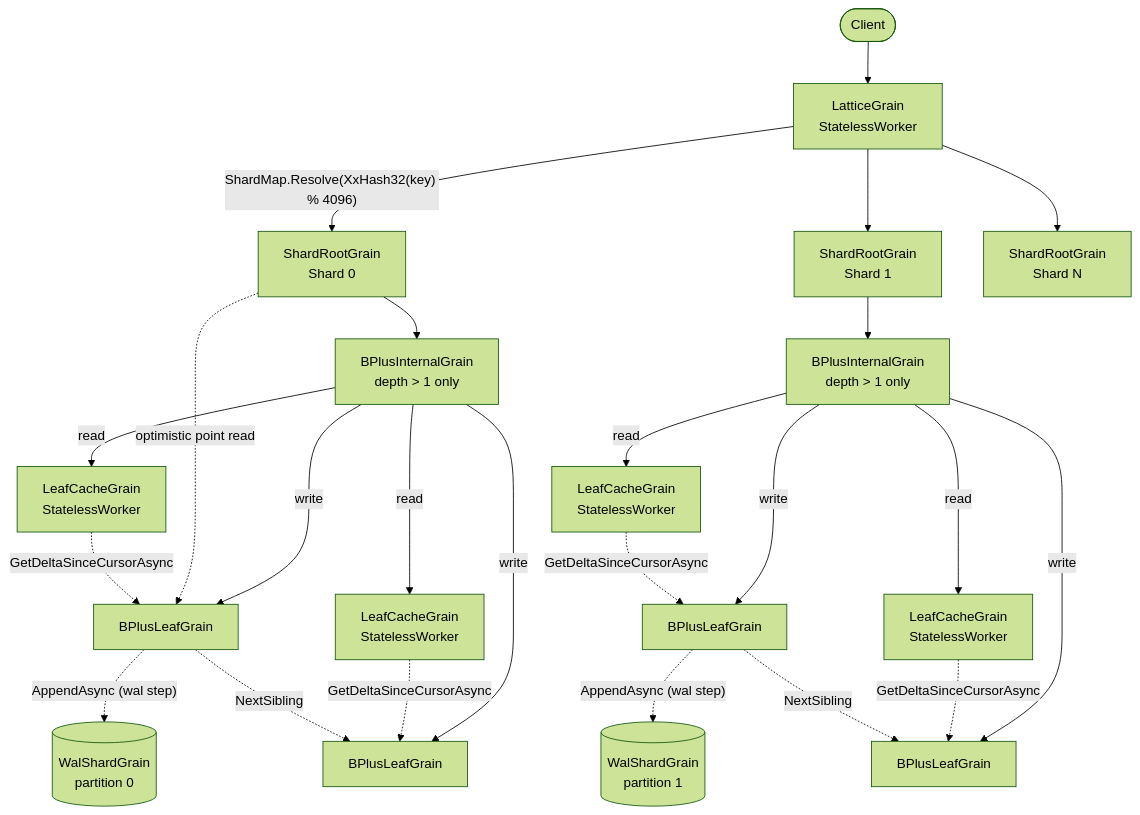
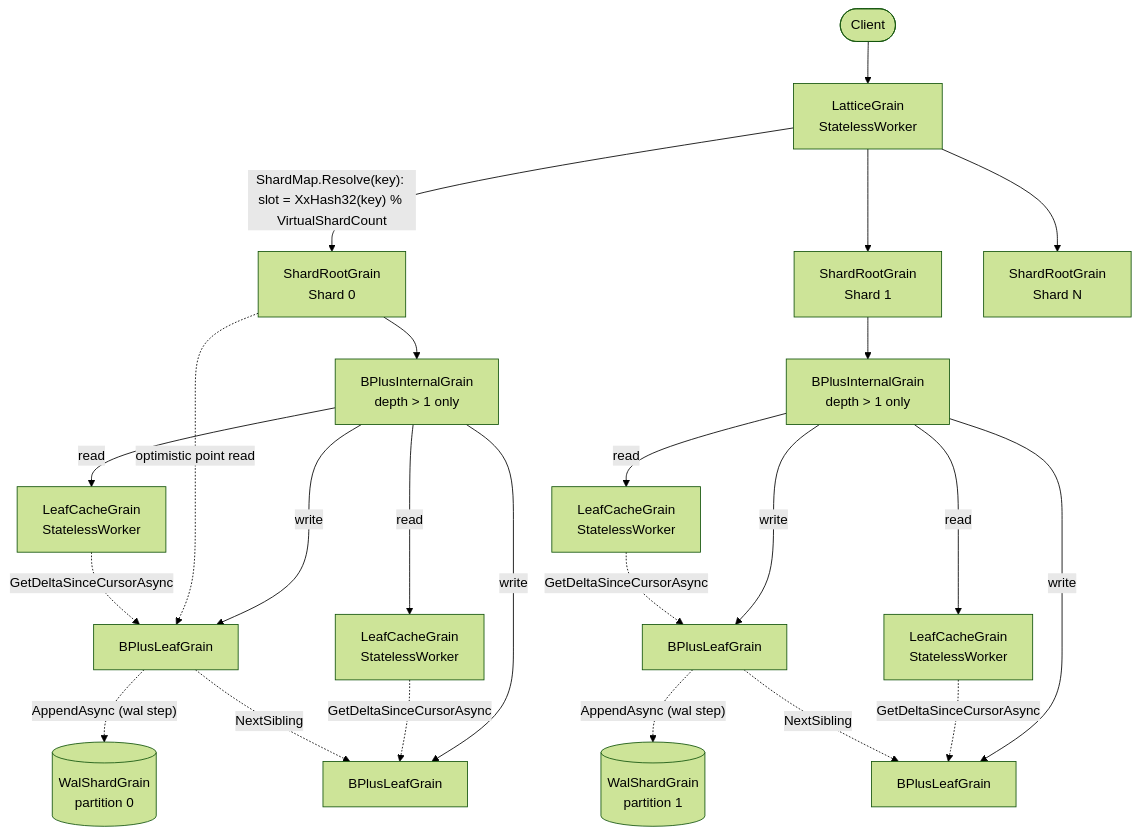
Before and after one commit to NSTA1/Orleans.Lattice: the first of 3 diagrams in docs/lattice/architecture.md, drawn with Mermaid (forest theme). The commit also changed other lines of this file and 332 other files, not shown here.

````diff
--- a/docs/lattice/architecture.md
+++ b/docs/lattice/architecture.md
@@ -7,44 +7,44 @@
 ```mermaid
 flowchart TD
     Client([Client])
     SR[LatticeGrain<br/>StatelessWorker]
     S0[ShardRootGrain<br/>Shard 0]
     S1[ShardRootGrain<br/>Shard 1]
     SN[ShardRootGrain<br/>Shard N]
     I0[BPlusInternalGrain<br/>depth > 1 only]
     I1[BPlusInternalGrain<br/>depth > 1 only]
     C0[LeafCacheGrain<br/>StatelessWorker]
     C1[LeafCacheGrain<br/>StatelessWorker]
     C2[LeafCacheGrain<br/>StatelessWorker]
     C3[LeafCacheGrain<br/>StatelessWorker]
     L0[BPlusLeafGrain]
     L1[BPlusLeafGrain]
     L2[BPlusLeafGrain]
     L3[BPlusLeafGrain]
     W0[(WalShardGrain<br/>partition 0)]
     W1[(WalShardGrain<br/>partition 1)]
 
     Client --> SR
-    SR -->|"ShardMap.Resolve(XxHash32(key) % 4096)"| S0
+    SR -->|"ShardMap.Resolve(key): slot = XxHash32(key) % VirtualShardCount"| S0
     SR --> S1
     SR --> SN
     S0 --> I0
     S1 --> I1
     I0 -->|read| C0
     I0 -->|read| C1
     I1 -->|read| C2
     I1 -->|read| C3
     I0 -->|write| L0
     I0 -->|write| L1
     I1 -->|write| L2
     I1 -->|write| L3
     S0 -.->|"optimistic point read"| L0
     L0 -. "AppendAsync (wal step)" .-> W0
     L2 -. "AppendAsync (wal step)" .-> W1
     C0 -.->|"GetDeltaSinceCursorAsync"| L0
     C1 -.->|"GetDeltaSinceCursorAsync"| L1
     C2 -.->|"GetDeltaSinceCursorAsync"| L2
     C3 -.->|"GetDeltaSinceCursorAsync"| L3
     L0 -. "NextSibling" .-> L1
     L2 -. "NextSibling" .-> L3
 ```
````
